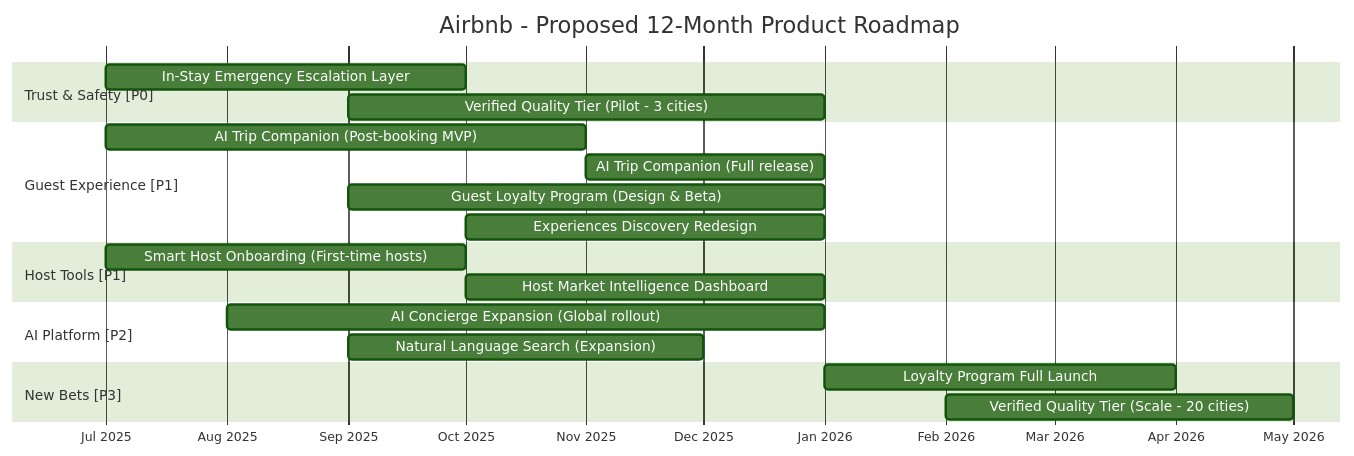
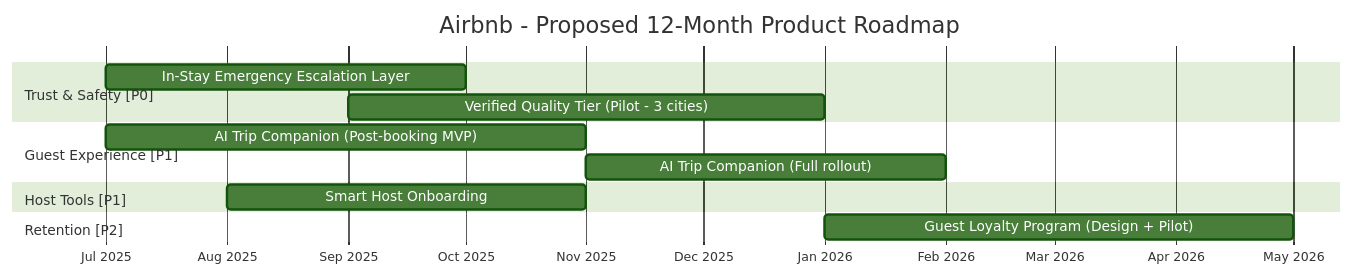
Before and after one commit to sunidhi-mishra/My_Case_Study_Repository: the fourth of 4 diagrams in Case_Studies/AirBnb_caseStudy.md, drawn with Mermaid (forest theme). The commit also changed other lines of this file, not shown here.

````diff
--- a/Case_Studies/AirBnb_caseStudy.md
+++ b/Case_Studies/AirBnb_caseStudy.md
@@ -1179,28 +359,20 @@
 ```mermaid
 gantt
     title Airbnb - Proposed 12-Month Product Roadmap
     dateFormat  YYYY-MM
     axisFormat  %b %Y
 
     section Trust & Safety [P0]
     In-Stay Emergency Escalation Layer       :a1, 2025-07, 3M
     Verified Quality Tier (Pilot - 3 cities) :a2, 2025-09, 4M
 
     section Guest Experience [P1]
     AI Trip Companion (Post-booking MVP)     :b1, 2025-07, 4M
-    AI Trip Companion (Full release)         :b2, 2025-11, 2M
-    Guest Loyalty Program (Design & Beta)    :b3, 2025-09, 4M
-    Experiences Discovery Redesign           :b4, 2025-10, 3M
+    AI Trip Companion (Full rollout)         :b2, 2025-11, 3M
 
     section Host Tools [P1]
-    Smart Host Onboarding (First-time hosts) :c1, 2025-07, 3M
-    Host Market Intelligence Dashboard       :c2, 2025-10, 3M
+    Smart Host Onboarding                    :c1, 2025-08, 3M
 
-    section AI Platform [P2]
-    AI Concierge Expansion (Global rollout)  :d1, 2025-08, 5M
-    Natural Language Search (Expansion)      :d2, 2025-09, 3M
-
-    section New Bets [P3]
-    Loyalty Program Full Launch              :e1, 2026-01, 3M
-    Verified Quality Tier (Scale - 20 cities):e2, 2026-02, 3M
+    section Retention [P2]
+    Guest Loyalty Program (Design + Pilot)   :d1, 2026-01, 4M
 ```
````
